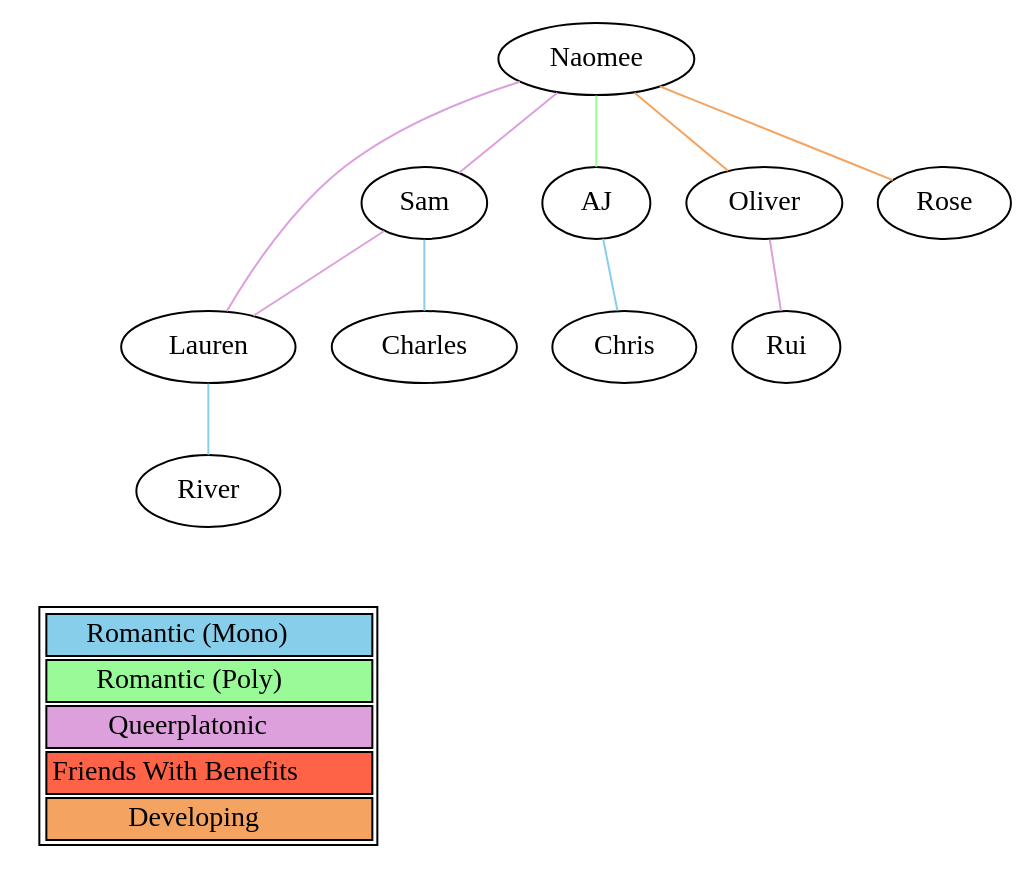
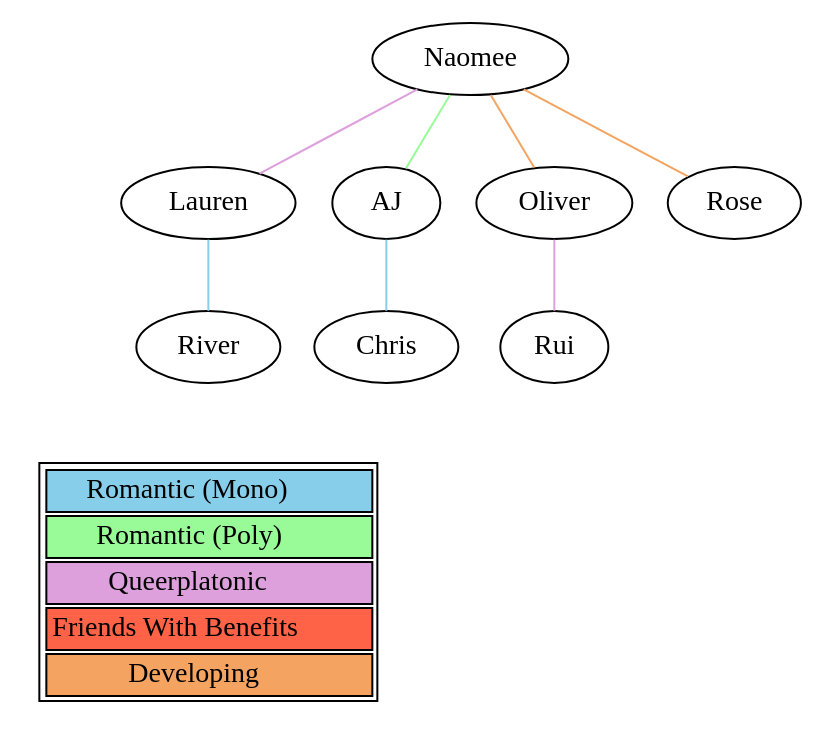
The diagram in share/polycule.dot (naeomees/CuddleCouncil), drawn with Graphviz before and after one commit.

Commit message:
Removed Sam and Charles.

```diff
--- a/share/polycule.dot
+++ b/share/polycule.dot
@@ -1,43 +1,38 @@
 graph polycule {
   naomee [label="Naomee"]
-  sam [label="Sam"]
   lauren [label="Lauren"]
-  charles [label="Charles"]
   river [label="River"]
   aj [label="AJ"]
   chris [label="Chris"]
   oliver [label="Oliver"]
   rui [label="Rui"]
   rose [label="Rose"]
-  naomee -- sam [color=plum]
   naomee -- lauren [color=plum]
-  sam -- lauren [color=plum]
-  sam -- charles [color=skyblue]
   lauren -- river [color=skyblue]
   naomee -- aj [color=palegreen]
   aj -- chris [color=skyblue]
   naomee -- oliver [color=sandybrown]
   oliver -- rui [color=plum]
   naomee -- rose [color=sandybrown]
   { rank = sink;
     Legend [shape=none, label=<
       <table>
         <tr>
           <td class="relRomoMono" bgcolor="skyblue">Romantic (Mono)</td>
         </tr>
         <tr>
           <td class="relRomoPoly" bgcolor="palegreen">Romantic (Poly)</td>
         </tr>
         <tr>
           <td class="relQPR" bgcolor="plum">Queerplatonic</td>
         </tr>
         <tr>
           <td class="relFWB" bgcolor="tomato">Friends With Benefits</td>
         </tr>
         <tr>
           <td class="relDev" bgcolor="sandybrown">Developing</td>
         </tr>
       </table>
     >];
   }
 }
```
